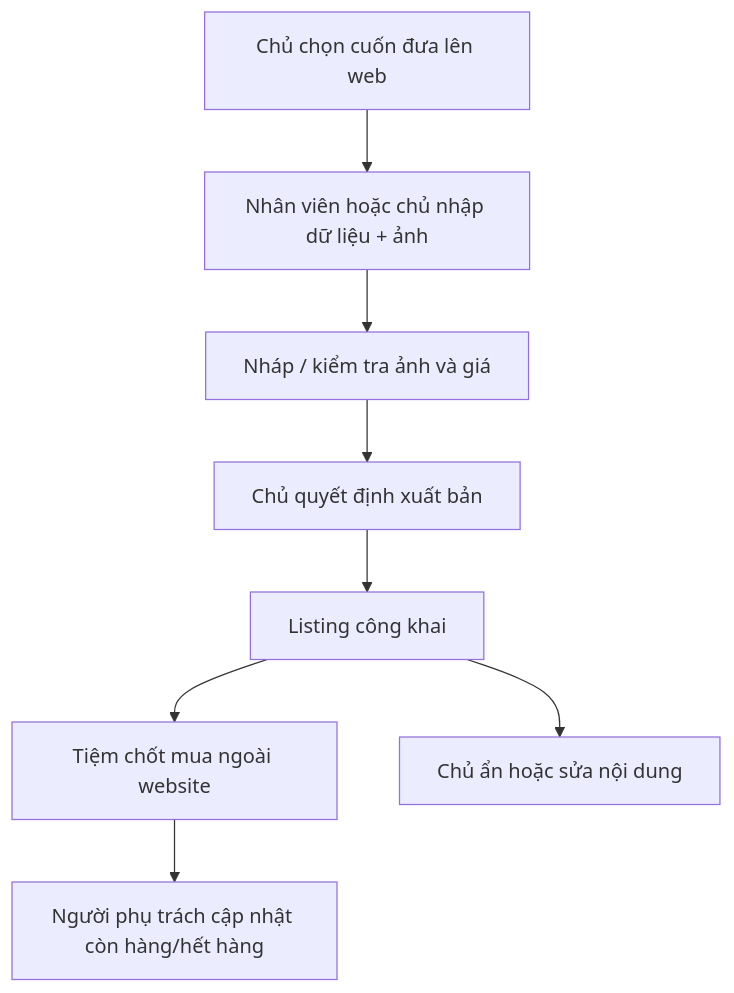
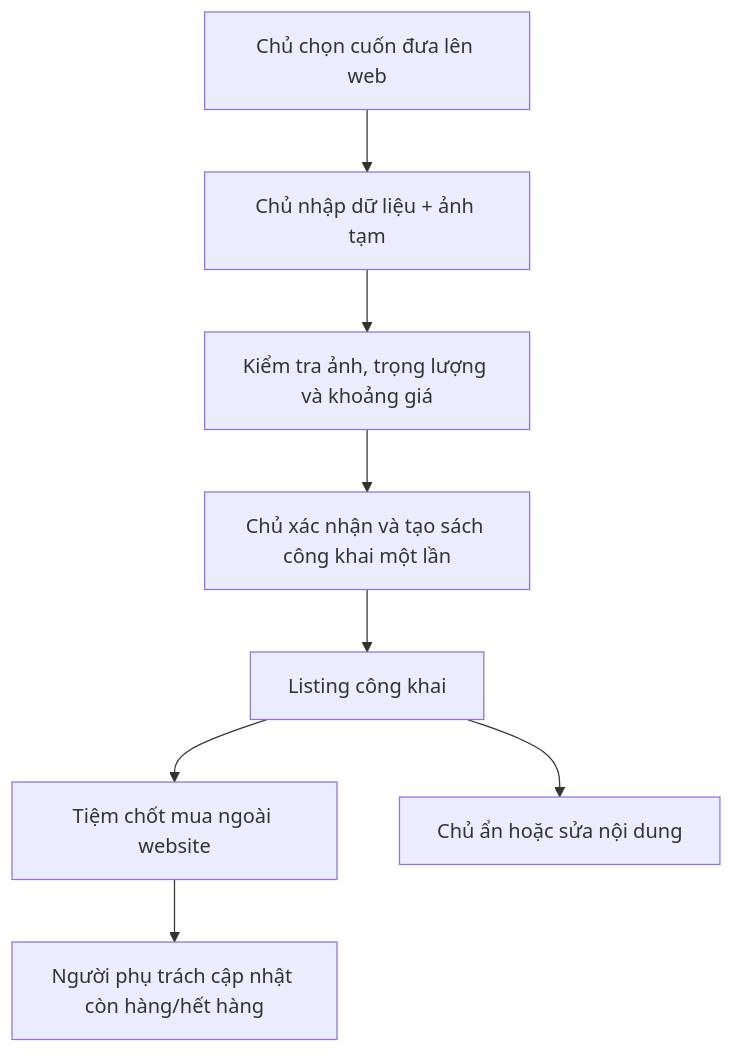
The second of 4 diagrams in docs/MASTER_PLAN.md (nanashi-vie/me-may), drawn with Mermaid before and after one commit. The commit also changed other lines of this file and 24 other files, not shown here.

````diff
--- a/docs/MASTER_PLAN.md
+++ b/docs/MASTER_PLAN.md
@@ -101,10 +101,10 @@
 ```mermaid
 flowchart TD
-  A[Chủ chọn cuốn đưa lên web] --> B[Nhân viên hoặc chủ nhập dữ liệu + ảnh]
-  B --> C[Nháp / kiểm tra ảnh và giá]
-  C --> D[Chủ quyết định xuất bản]
+  A[Chủ chọn cuốn đưa lên web] --> B[Chủ nhập dữ liệu + ảnh tạm]
+  B --> C[Kiểm tra ảnh, trọng lượng và khoảng giá]
+  C --> D[Chủ xác nhận và tạo sách công khai một lần]
   D --> E[Listing công khai]
   E --> F[Tiệm chốt mua ngoài website]
   F --> G[Người phụ trách cập nhật còn hàng/hết hàng]
   E --> H[Chủ ẩn hoặc sửa nội dung]
 ```
````
